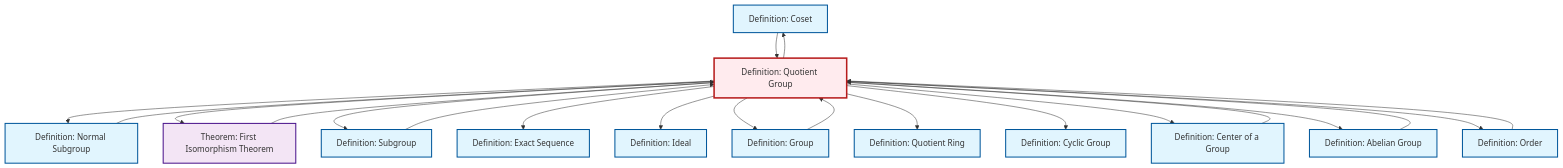
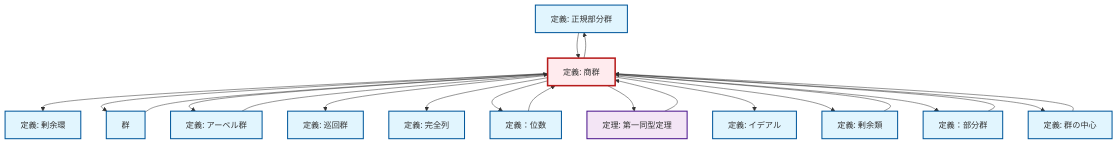
Before and after one commit to RK0429/ModernMath: the diagram in content/ja/algebra/def-quotient-group.qmd, drawn with Mermaid. The commit also changed 1069 other files, not shown here.

````diff
--- a/content/ja/algebra/def-quotient-group.qmd
+++ b/content/ja/algebra/def-quotient-group.qmd
@@ -148,55 +148,55 @@
 ```{mermaid}
 %%| fig-cap: "Local dependency graph"
 graph TD
     classDef definition fill:#e1f5fe,stroke:#01579b,stroke-width:2px
     classDef theorem fill:#f3e5f5,stroke:#4a148c,stroke-width:2px
     classDef axiom fill:#fff3e0,stroke:#e65100,stroke-width:2px
     classDef example fill:#e8f5e9,stroke:#1b5e20,stroke-width:2px
     classDef current fill:#ffebee,stroke:#b71c1c,stroke-width:3px
-    def-coset["Definition: Coset"]:::definition
-    def-cyclic-group["Definition: Cyclic Group"]:::definition
-    def-quotient-ring["Definition: Quotient Ring"]:::definition
-    thm-first-isomorphism["Theorem: First Isomorphism Theorem"]:::theorem
-    def-group["Definition: Group"]:::definition
-    def-center-of-group["Definition: Center of a Group"]:::definition
-    def-order["Definition: Order"]:::definition
-    def-quotient-group["Definition: Quotient Group"]:::definition
-    def-subgroup["Definition: Subgroup"]:::definition
-    def-ideal["Definition: Ideal"]:::definition
-    def-normal-subgroup["Definition: Normal Subgroup"]:::definition
-    def-abelian-group["Definition: Abelian Group"]:::definition
-    def-exact-sequence["Definition: Exact Sequence"]:::definition
+    def-ideal["定義: イデアル"]:::definition
+    def-cyclic-group["定義: 巡回群"]:::definition
+    def-normal-subgroup["定義: 正規部分群"]:::definition
+    def-quotient-ring["定義: 剰余環"]:::definition
+    def-exact-sequence["定義: 完全列"]:::definition
+    def-order["定義：位数"]:::definition
+    def-subgroup["定義：部分群"]:::definition
+    thm-first-isomorphism["定理: 第一同型定理"]:::theorem
+    def-quotient-group["定義: 商群"]:::definition
+    def-abelian-group["定義: アーベル群"]:::definition
+    def-center-of-group["定義: 群の中心"]:::definition
+    def-coset["定義: 剰余類"]:::definition
+    def-group["群"]:::definition
+    def-quotient-group --> def-quotient-ring
+    def-subgroup --> def-quotient-group
+    def-normal-subgroup --> def-quotient-group
+    def-quotient-group --> def-group
+    thm-first-isomorphism --> def-quotient-group
     def-quotient-group --> def-normal-subgroup
-    def-subgroup --> def-quotient-group
+    def-coset --> def-quotient-group
+    def-quotient-group --> def-abelian-group
+    def-quotient-group --> def-cyclic-group
+    def-quotient-group --> def-exact-sequence
+    def-quotient-group --> def-order
     def-quotient-group --> thm-first-isomorphism
+    def-quotient-group --> def-ideal
+    def-order --> def-quotient-group
+    def-group --> def-quotient-group
+    def-center-of-group --> def-quotient-group
+    def-quotient-group --> def-coset
     def-quotient-group --> def-subgroup
     def-abelian-group --> def-quotient-group
-    def-quotient-group --> def-exact-sequence
-    def-quotient-group --> def-ideal
-    thm-first-isomorphism --> def-quotient-group
-    def-quotient-group --> def-group
-    def-quotient-group --> def-quotient-ring
-    def-coset --> def-quotient-group
-    def-center-of-group --> def-quotient-group
-    def-quotient-group --> def-cyclic-group
-    def-order --> def-quotient-group
     def-quotient-group --> def-center-of-group
-    def-quotient-group --> def-coset
-    def-quotient-group --> def-abelian-group
-    def-quotient-group --> def-order
-    def-group --> def-quotient-group
-    def-normal-subgroup --> def-quotient-group
     class def-quotient-group current
-    click def-coset "def-coset.html" "Definition: Cosetへ"
-    click def-cyclic-group "def-cyclic-group.html" "Definition: Cyclic Groupへ"
-    click def-quotient-ring "def-quotient-ring.html" "Definition: Quotient Ringへ"
-    click thm-first-isomorphism "thm-first-isomorphism.html" "Theorem: First Isomorphism Theoremへ"
-    click def-group "def-group.html" "Definition: Groupへ"
-    click def-center-of-group "def-center-of-group.html" "Definition: Center of a Groupへ"
-    click def-order "def-order.html" "Definition: Orderへ"
-    click def-subgroup "def-subgroup.html" "Definition: Subgroupへ"
-    click def-ideal "def-ideal.html" "Definition: Idealへ"
-    click def-normal-subgroup "def-normal-subgroup.html" "Definition: Normal Subgroupへ"
-    click def-abelian-group "def-abelian-group.html" "Definition: Abelian Groupへ"
-    click def-exact-sequence "def-exact-sequence.html" "Definition: Exact Sequenceへ"
+    click def-ideal "def-ideal.html" "イデアルの定義へ"
+    click def-cyclic-group "def-cyclic-group.html" "巡回群の定義へ"
+    click def-normal-subgroup "def-normal-subgroup.html" "正規部分群の定義へ"
+    click def-quotient-ring "def-quotient-ring.html" "剰余環の定義へ"
+    click def-exact-sequence "def-exact-sequence.html" "完全列の定義へ"
+    click def-order "def-order.html" "定義：位数へ"
+    click def-subgroup "def-subgroup.html" "定義：部分群へ"
+    click thm-first-isomorphism "thm-first-isomorphism.html" "第一同型定理の定理へ"
+    click def-abelian-group "def-abelian-group.html" "アーベル群の定義へ"
+    click def-center-of-group "def-center-of-group.html" "群の中心の定義へ"
+    click def-coset "def-coset.html" "剰余類の定義へ"
+    click def-group "def-group.html" "群へ"
 ```
````
